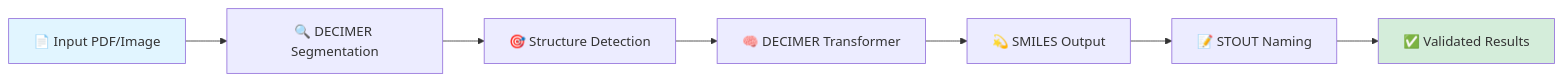
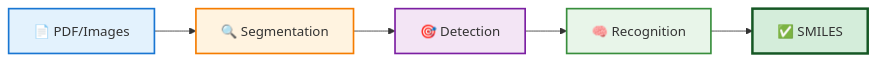
The diagram in README.md (Steinbeck-Lab/DECIMER.ai), drawn with Mermaid before and after one commit. The commit also changed other lines of this file, not shown here.

````diff
--- a/README.md
+++ b/README.md
@@ -168,12 +68,13 @@
 ```mermaid
 graph LR
-    A[📄 Input PDF/Image] --> B[🔍 DECIMER Segmentation]
-    B --> C[🎯 Structure Detection]
-    C --> D[🧠 DECIMER Transformer]
-    D --> E[💫 SMILES Output]
-    E --> F[📝 STOUT Naming]
-    F --> G[✅ Validated Results]
+    A[📄 PDF/Images] --> B[🔍 Segmentation]
+    B --> C[🎯 Detection]
+    C --> D[🧠 Recognition]
+    D --> E[✅ SMILES]
     
-    style A fill:#e1f5ff
-    style G fill:#d4edda
+    style A fill:#e3f2fd,stroke:#1976d2,stroke-width:2px
+    style B fill:#fff3e0,stroke:#f57c00,stroke-width:2px
+    style C fill:#f3e5f5,stroke:#7b1fa2,stroke-width:2px
+    style D fill:#e8f5e9,stroke:#388e3c,stroke-width:2px
+    style E fill:#d4edda,stroke:#155724,stroke-width:3px
 ```
````
